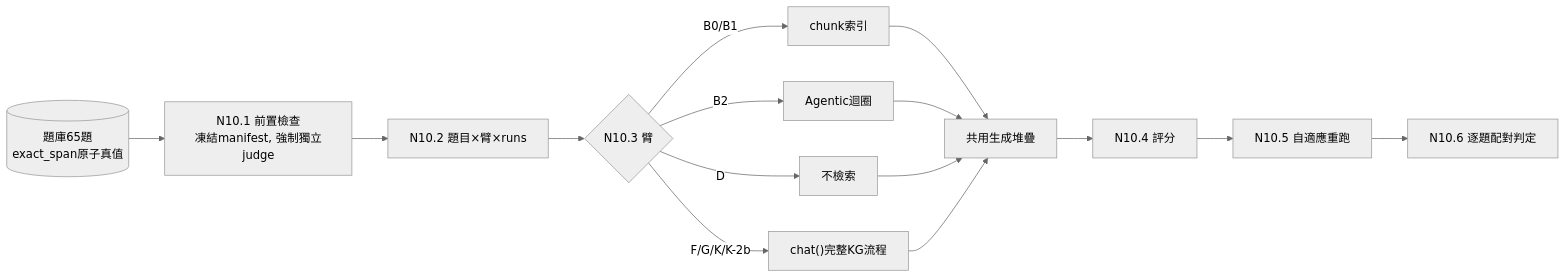
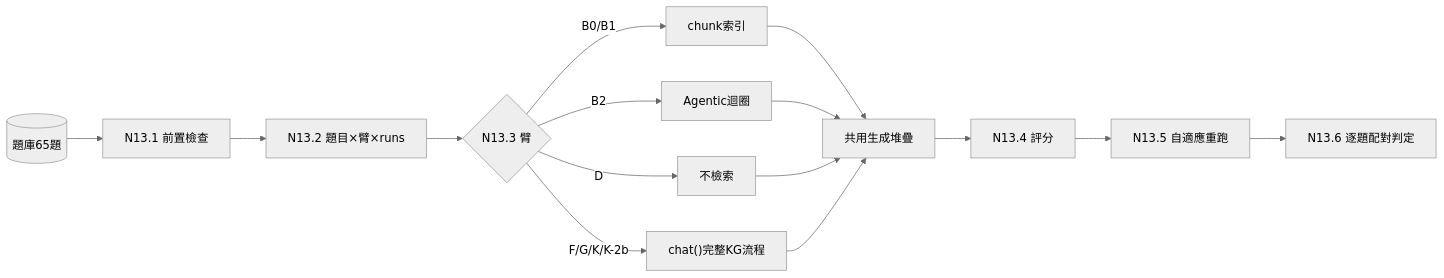
Diagram 12 of 12 in docs/報告/95_專案節點流程總覽與設計說明.md (Chester930/world-knowledge-graph-rag), drawn with Mermaid (neutral theme) before and after one commit. The commit also changed other lines of this file and 1 other file, not shown here.

````diff
--- a/docs/報告/95_專案節點流程總覽與設計說明.md
+++ b/docs/報告/95_專案節點流程總覽與設計說明.md
@@ -379,13 +468,13 @@
 ```mermaid
 flowchart LR
-    BANK[("題庫65題<br/>exact_span原子真值")] --> PF["N10.1 前置檢查<br/>凍結manifest, 強制獨立judge"]
-    PF --> LOOP["N10.2 題目×臂×runs"]
-    LOOP --> ARM{"N10.3 臂"}
+    BANK[("題庫65題")] --> PF["N13.1 前置檢查"]
+    PF --> LOOP["N13.2 題目×臂×runs"]
+    LOOP --> ARM{"N13.3 臂"}
     ARM -- "D" --> D0["不檢索"]
     ARM -- "B0/B1" --> CR["chunk索引"]
     ARM -- "B2" --> AG["Agentic迴圈"]
     ARM -- "F/G/K/K-2b" --> KC["chat()完整KG流程"]
     CR & AG --> GEN["共用生成堆疊"]
     D0 & KC --> GEN
-    GEN --> SC["N10.4 評分"] --> AR["N10.5 自適應重跑"] --> PJ["N10.6 逐題配對判定"]
+    GEN --> SC["N13.4 評分"] --> AR["N13.5 自適應重跑"] --> PJ["N13.6 逐題配對判定"]
 ```
````
